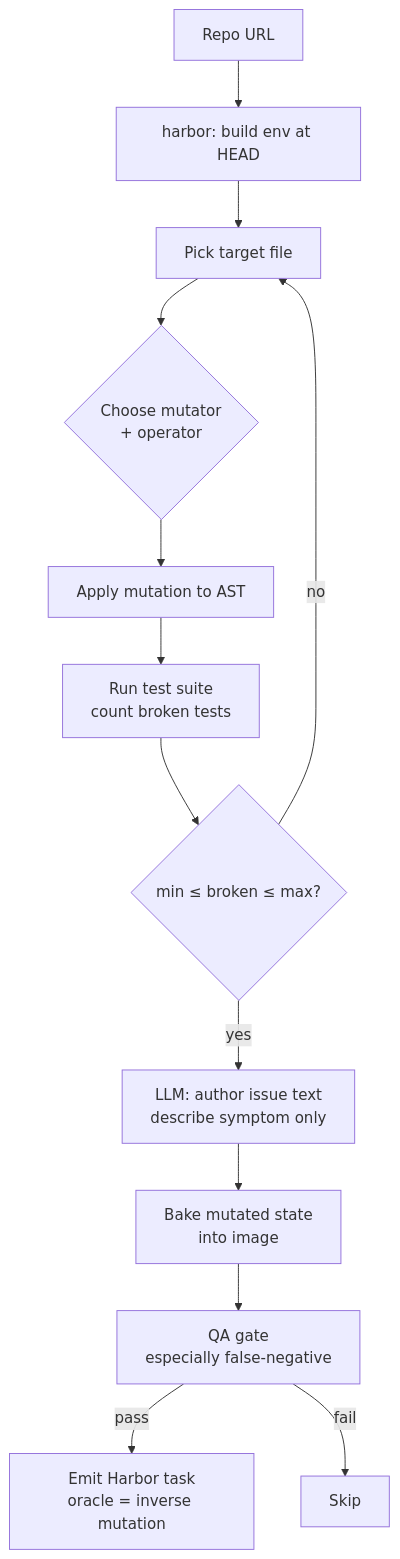
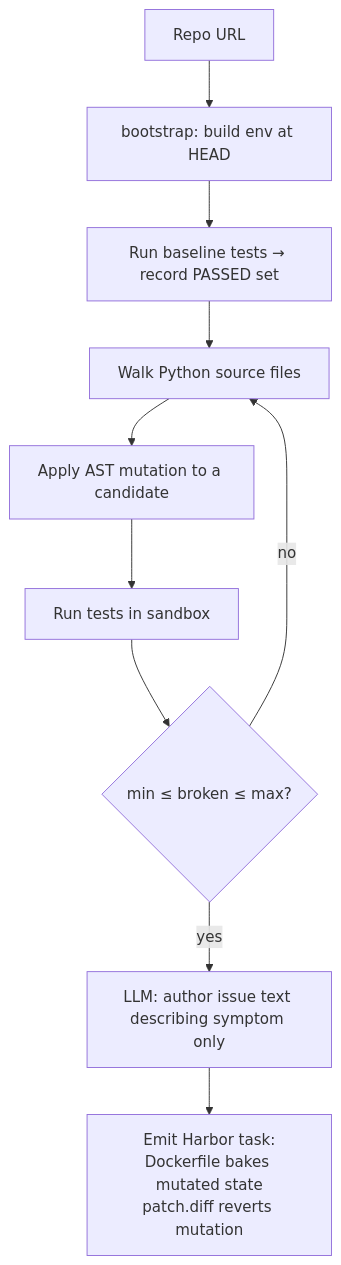
One commit to HarleyCoops/Repo2RLEnv changed the diagram in docs/pipelines/mutation_bugs.md. Above: the diagram before and after it, drawn with Mermaid. The commit also changed other lines of this file and 16 other files, not shown here.

First line of the commit message:
v0.6: mutation_bugs + code_instruct (first LLM-synthesized pipelines) (#8)

````diff
--- a/docs/pipelines/mutation_bugs.md
+++ b/docs/pipelines/mutation_bugs.md
@@ -16,15 +15,12 @@
 ```mermaid
 flowchart TD
-    A[Repo URL] --> B[harbor: build env at HEAD]
-    B --> C[Pick target file]
-    C --> D{Choose mutator<br/>+ operator}
-    D --> E[Apply mutation to AST]
-    E --> F[Run test suite<br/>count broken tests]
+    A[Repo URL] --> B[bootstrap: build env at HEAD]
+    B --> C[Run baseline tests → record PASSED set]
+    C --> D[Walk Python source files]
+    D --> E[Apply AST mutation to a candidate]
+    E --> F[Run tests in sandbox]
     F --> G{min ≤ broken ≤ max?}
-    G -- no --> C
-    G -- yes --> H[LLM: author issue text<br/>describe symptom only]
-    H --> I[Bake mutated state<br/>into image]
-    I --> J[QA gate<br/>especially false-negative]
-    J -- pass --> K[Emit Harbor task<br/>oracle = inverse mutation]
-    J -- fail --> Z[Skip]
+    G -- no --> D
+    G -- yes --> H[LLM: author issue text describing symptom only]
+    H --> I[Emit Harbor task:<br/>Dockerfile bakes mutated state<br/>patch.diff reverts mutation]
 ```
````
